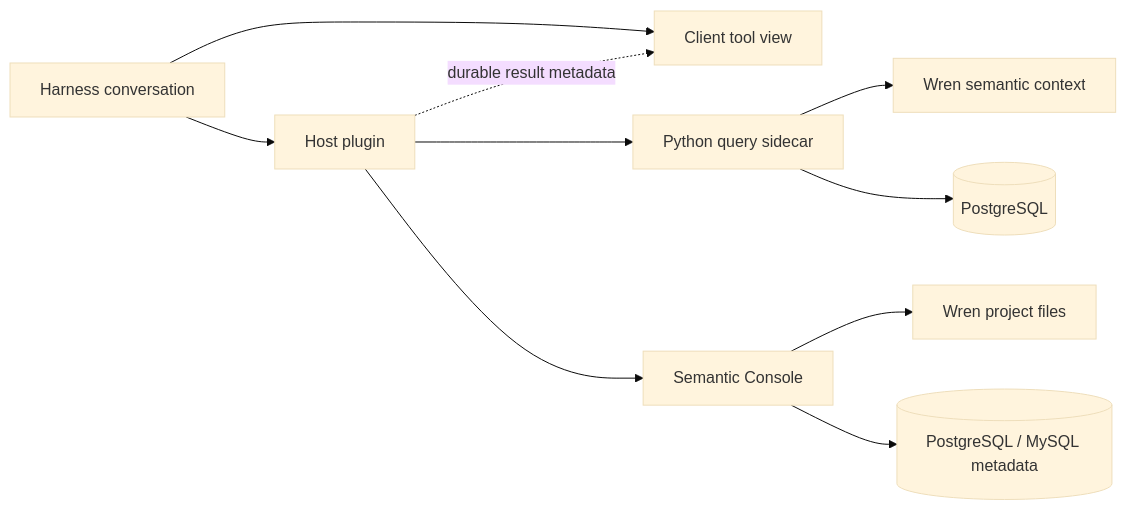
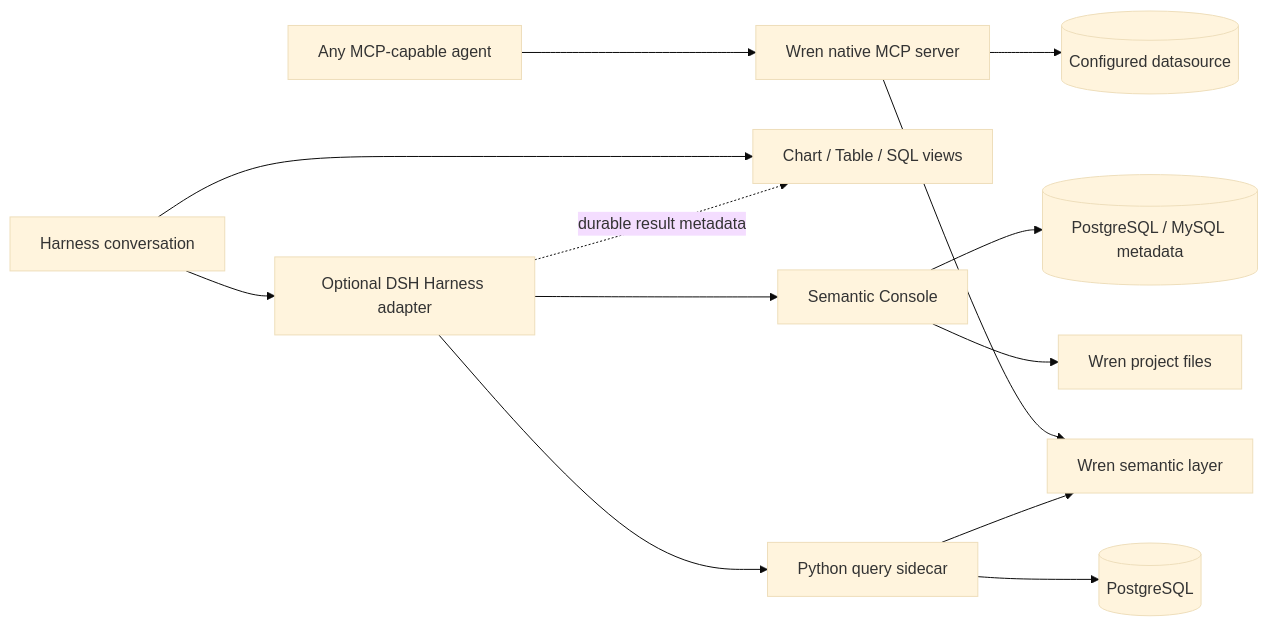
The diagram in README.md (hejielijob-commits/SemaRail), drawn with Mermaid (base theme) before and after one commit. The commit also changed other lines of this file and 8 other files, not shown here.

Commit message:
feat: add agent-neutral Wren MCP path

````diff
--- a/README.md
+++ b/README.md
@@ -45,12 +46,16 @@
 ```mermaid
 flowchart LR
-    U[Harness conversation] --> C[Client tool view]
-    U --> H[Host plugin]
+    A[Any MCP-capable agent] --> N[Wren native MCP server]
+    N --> W[Wren semantic layer]
+    N --> DB[(Configured datasource)]
+
+    U[Harness conversation] --> C[Chart / Table / SQL views]
+    U --> H[Optional DSH Harness adapter]
     H --> S[Python query sidecar]
-    S --> W[Wren semantic context]
+    S --> W
     S --> P[(PostgreSQL)]
     H --> M[Semantic Console]
     M --> F[Wren project files]
     M --> D[(PostgreSQL / MySQL metadata)]
     H -. durable result metadata .-> C
 ```
````
